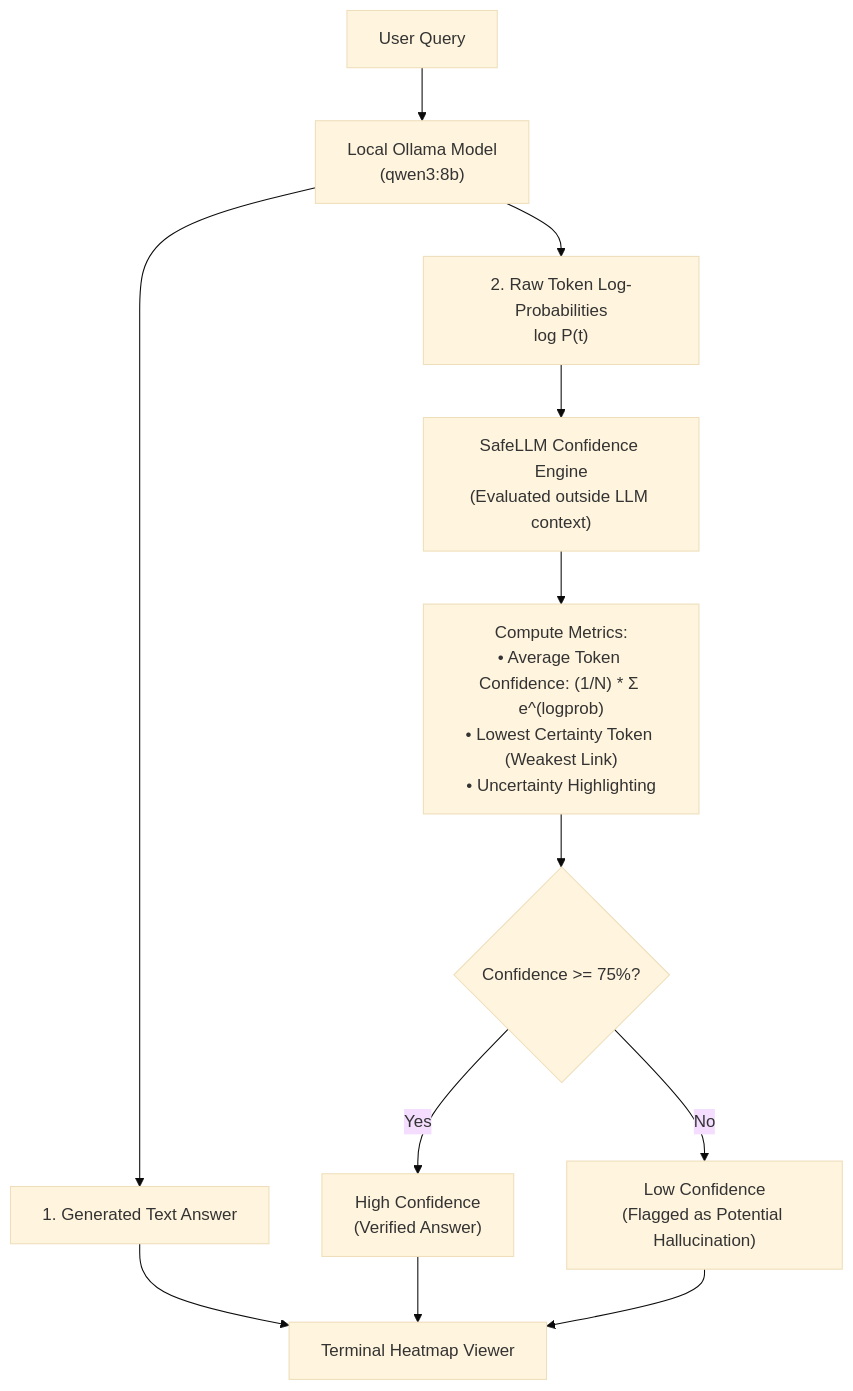
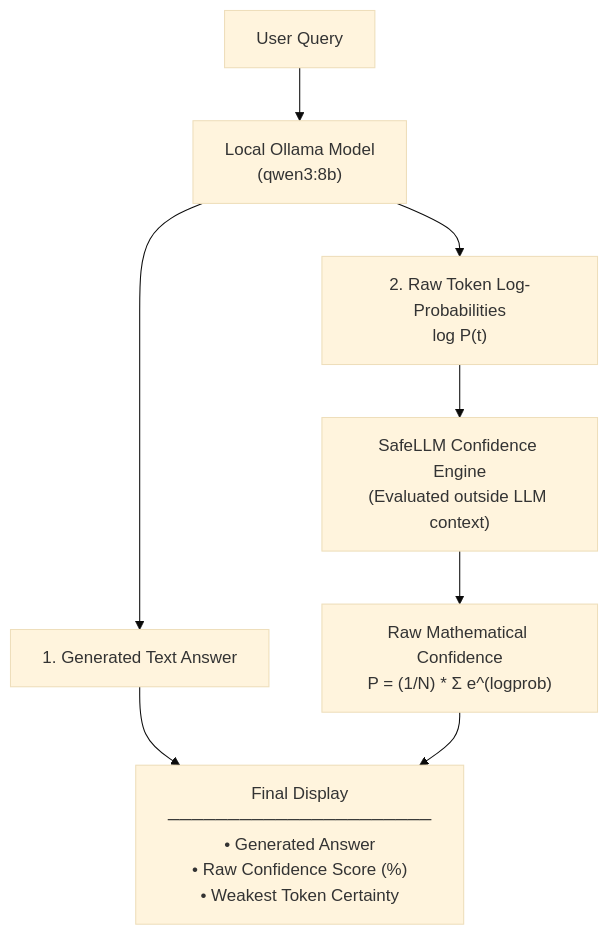
The diagram in README.MD (shibammandal/SafeLLM), drawn with Mermaid (base theme) before and after one commit. The commit also changed other lines of this file and 1 other file, not shown here.

Commit message:
Add raw mathematical confidence display script and Mermaid architecture

````diff
--- a/README.MD
+++ b/README.MD
@@ -19,20 +19,14 @@
 ```mermaid
 flowchart TD
     User["User Query"] --> LLM["Local Ollama Model<br/>(qwen3:8b)"]
     
     LLM --> Text["1. Generated Text Answer"]
     LLM --> Logprobs["2. Raw Token Log-Probabilities<br/>log P(t)"]
     
-    Text --> Display["Terminal Heatmap Viewer"]
     Logprobs --> Engine["SafeLLM Confidence Engine<br/>(Evaluated outside LLM context)"]
     
-    Engine --> Metrics["Compute Metrics:<br/>• Average Token Confidence: (1/N) * Σ e^(logprob)<br/>• Lowest Certainty Token (Weakest Link)<br/>• Uncertainty Highlighting"]
+    Engine --> Score["Raw Mathematical Confidence<br/>P = (1/N) * Σ e^(logprob)"]
     
-    Metrics --> Check{"Confidence >= 75%?"}
-    
-    Check -- Yes --> Safe["High Confidence<br/>(Verified Answer)"]
-    Check -- No --> Unsafe["Low Confidence<br/>(Flagged as Potential Hallucination)"]
-
-    Safe --> Display
-    Unsafe --> Display
+    Text --> Output["Final Display<br/>──────────────────────<br/>• Generated Answer<br/>• Raw Confidence Score (%)<br/>• Weakest Token Certainty"]
+    Score --> Output
 ```
````
